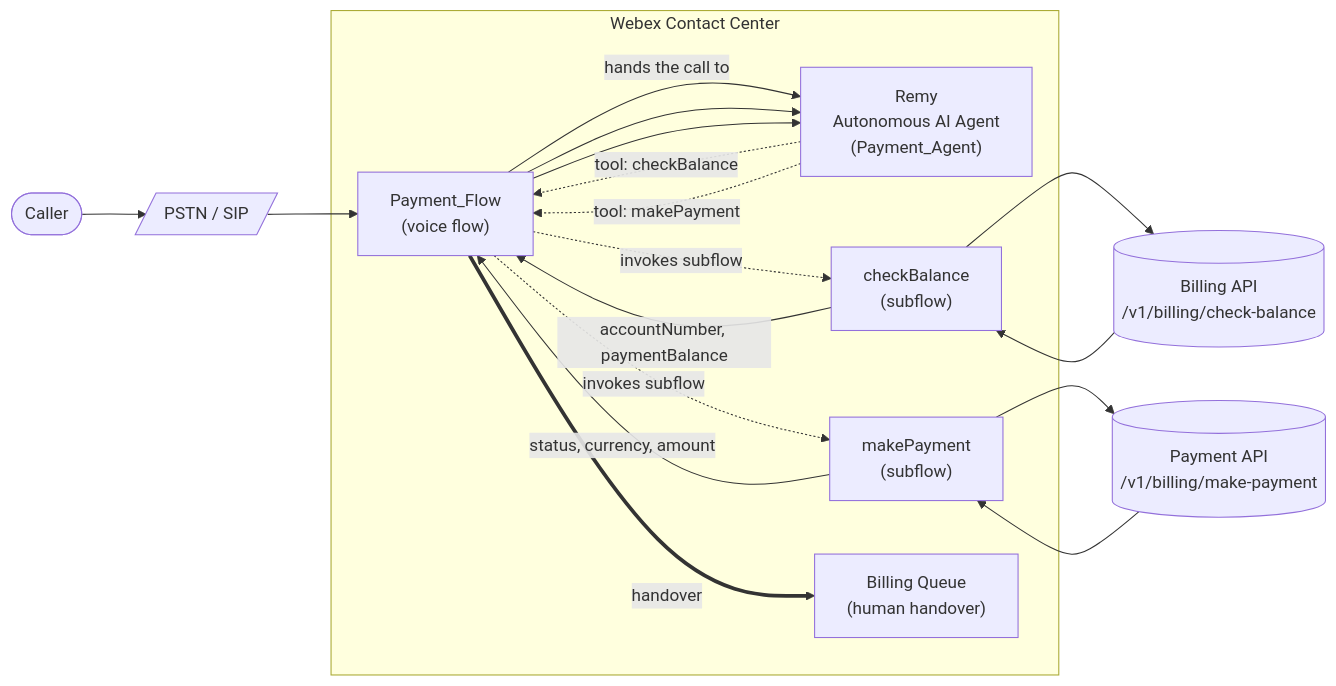
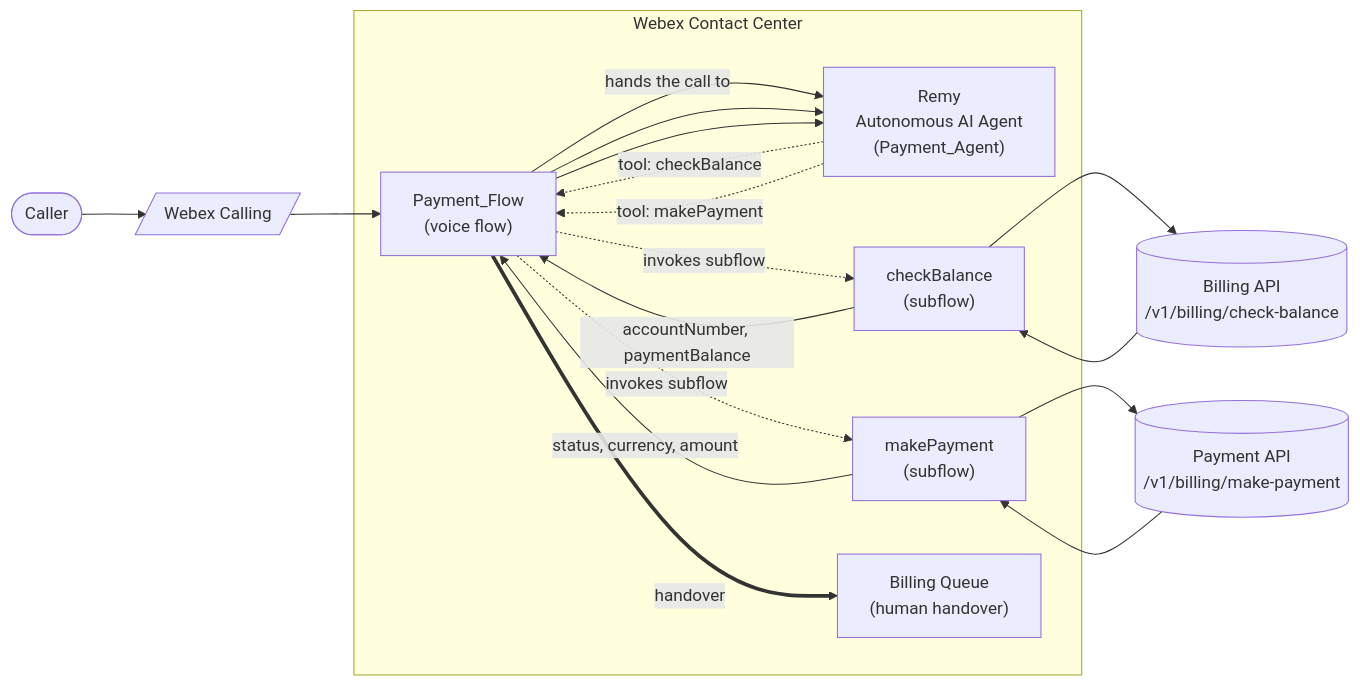
One commit to ciscoAISCG/webex-cx-ai changed the first of 2 diagrams in Playbooks/Payment_AI_agent/README.md. Above: the diagram before and after it, drawn with Mermaid. The commit also changed other lines of this file and 1 other file, not shown here.

````diff
--- a/Playbooks/Payment_AI_agent/README.md
+++ b/Playbooks/Payment_AI_agent/README.md
@@ -35,29 +35,29 @@
 ```mermaid
 flowchart LR
     Caller([Caller])
-    PSTN[/PSTN / SIP/]
+    PSTN[/Webex Calling/]
     subgraph WXCC["Webex Contact Center"]
         Flow["Payment_Flow<br/>(voice flow)"]
         AI["Remy<br/>Autonomous AI Agent<br/>(Payment_Agent)"]
         CB["checkBalance<br/>(subflow)"]
         MP["makePayment<br/>(subflow)"]
         Queue["Billing Queue<br/>(human handover)"]
     end
     BillAPI[("Billing API<br/>/v1/billing/check-balance")]
     PayAPI[("Payment API<br/>/v1/billing/make-payment")]
 
     Caller --> PSTN --> Flow
     Flow -->|hands the call to| AI
 
     AI -. "tool: checkBalance" .-> Flow -. invokes subflow .-> CB
     CB --> BillAPI
     BillAPI --> CB
     CB -->|accountNumber, paymentBalance| Flow --> AI
 
     AI -. "tool: makePayment" .-> Flow -. invokes subflow .-> MP
     MP --> PayAPI
     PayAPI --> MP
     MP -->|status, currency, amount| Flow --> AI
 
     Flow ==>|handover| Queue
 ```
````
